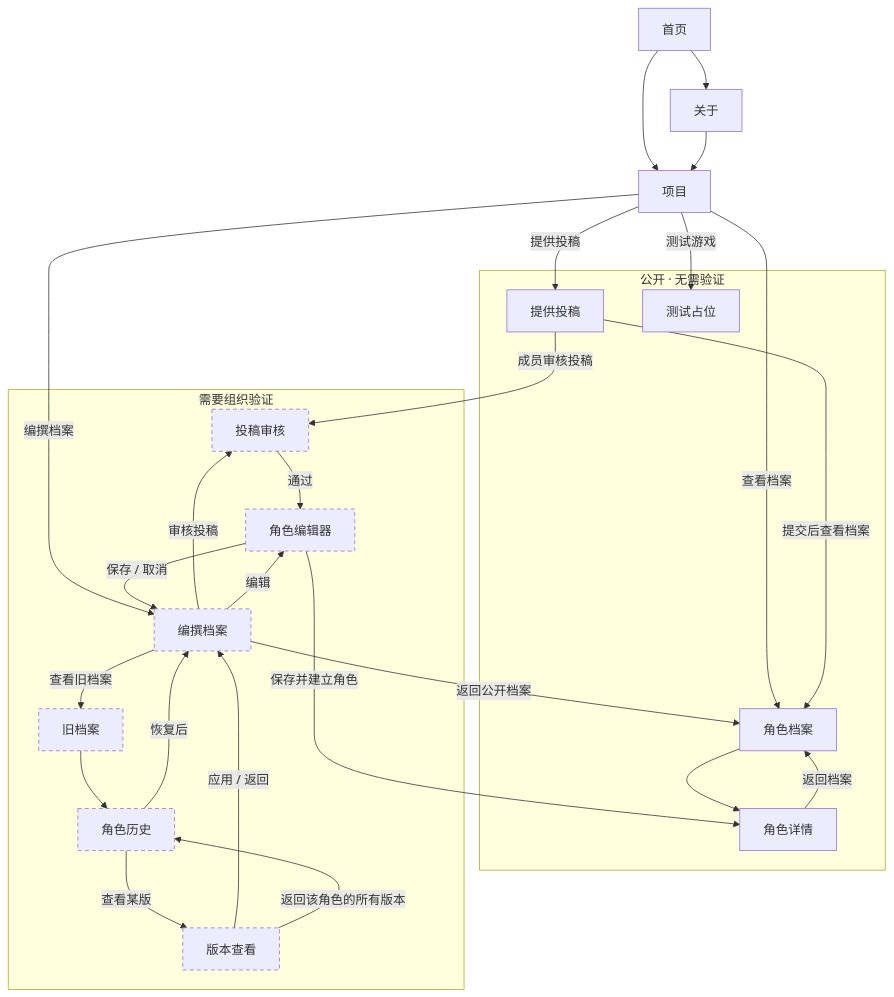
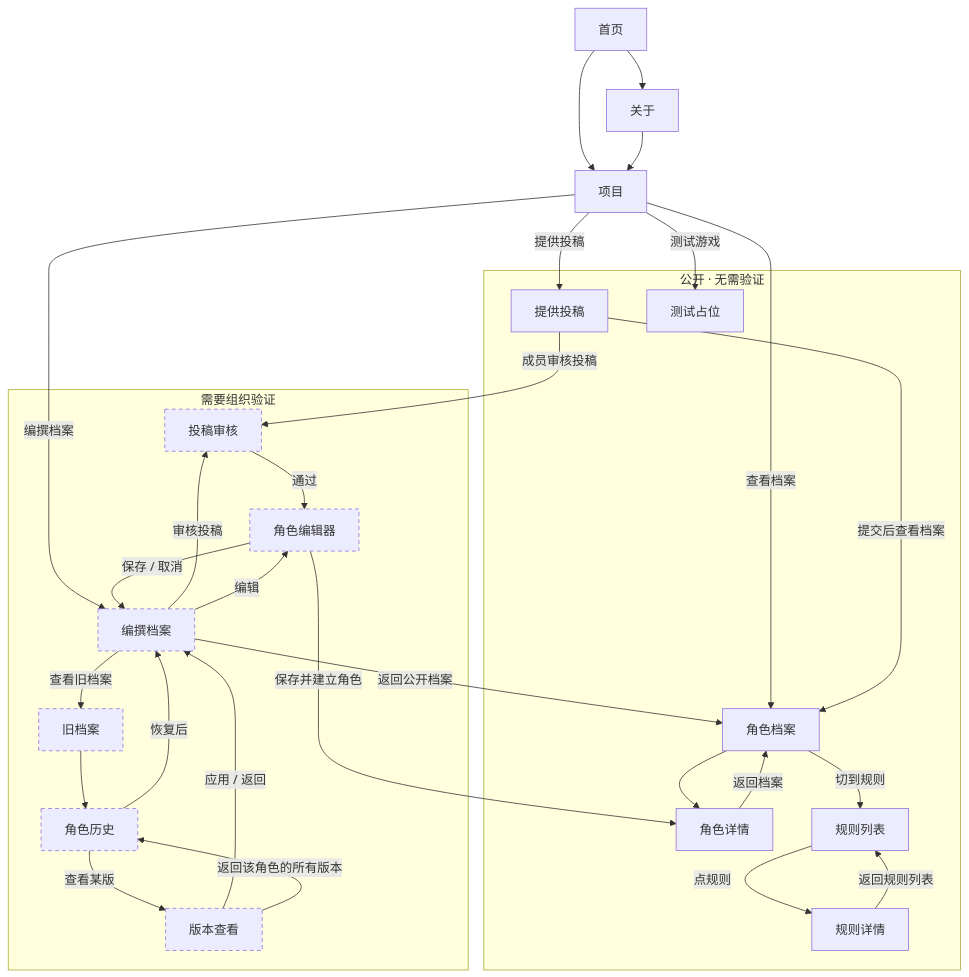
Before and after one commit to cangwu-protect-union/cangwu-protect-union.github.io: the diagram in rpg6.0/访客流程图.md, drawn with Mermaid. The commit also changed other lines of this file and 14 other files, not shown here.

````diff
--- a/rpg6.0/访客流程图.md
+++ b/rpg6.0/访客流程图.md
@@ -7,57 +7,62 @@
 ```mermaid
 flowchart TD
 
   H["首页"]
   A["关于"]
   P["项目"]
 
   subgraph open["公开 · 无需验证"]
     R["角色档案"]
     C["角色详情"]
+    RL["规则列表"]
+    RU["规则详情"]
     O["提供投稿"]
     T["测试占位"]
   end
 
   subgraph locked["需要组织验证"]
     EZ["编撰档案"]
     RV["投稿审核"]
     EE["角色编辑器"]
     OZ["旧档案"]
     OC["角色历史"]
     VV["版本查看"]
   end
 
   %% 主站
   H --> A
   H --> P
   A --> P
 
   %% 项目页的四个入口
   P -->|查看档案| R
   P -->|提供投稿| O
   P -->|编撰档案| EZ
   P -->|测试游戏| T
 
   %% 公开区
   R --> C
   C -->|返回档案| R
+  R -->|切到规则| RL
+  RL -->|点规则| RU
+  RU -->|返回规则列表| RL
   O -->|提交后查看档案| R
   O -->|成员审核投稿| RV
 
   %% 编辑区
   EZ -->|审核投稿| RV
   EZ -->|查看旧档案| OZ
   EZ -->|返回公开档案| R
   EZ -->|编辑| EE
   EE -->|保存 / 取消| EZ
   RV -->|通过| EE
   EE -->|保存并建立角色| C
   OZ --> OC
   OC -->|查看某版| VV
   OC -->|恢复后| EZ
   VV -->|应用 / 返回| EZ
   VV -->|返回该角色的所有版本| OC
 
   classDef lock stroke-dasharray: 5 4;
   class EZ,RV,EE,OZ,OC,VV lock;
 ```
````
